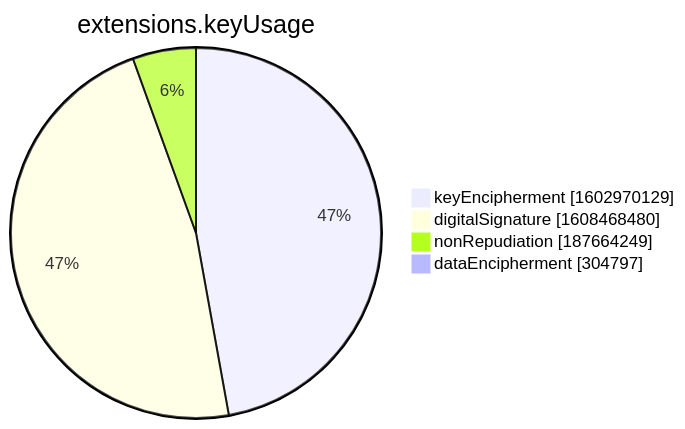
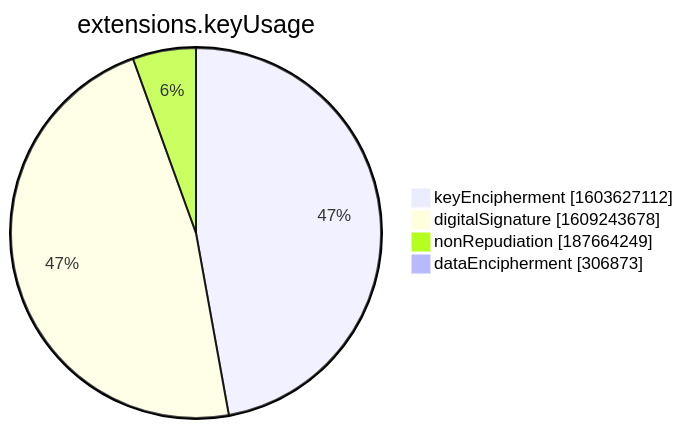
The seventh of 15 diagrams in xenon2022/README.md (christiankrug/ctmonitor_visualization), drawn with Mermaid before and after one commit. The commit also changed other lines of this file, not shown here.

````diff
--- a/xenon2022/README.md
+++ b/xenon2022/README.md
@@ -2855,8 +2855,8 @@
 ```mermaid
 pie showData
 title extensions.keyUsage
-"keyEncipherment" :1602970129
-"digitalSignature" :1608468480
+"keyEncipherment" :1603627112
+"digitalSignature" :1609243678
 "nonRepudiation" :187664249
-"dataEncipherment" :304797
+"dataEncipherment" :306873
 ```
````
